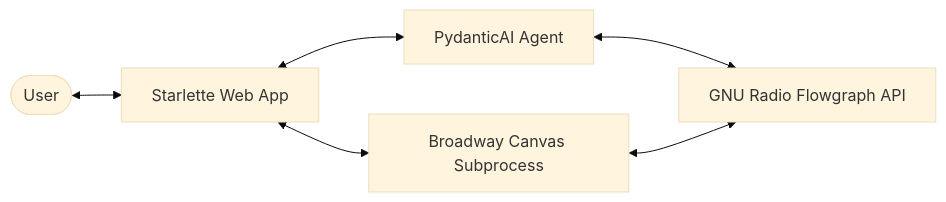
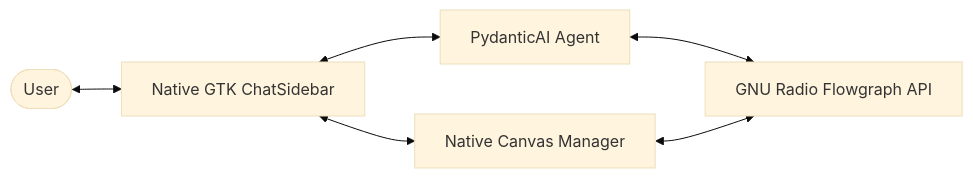
Before and after one commit to qoherent/GRC-Agent: the first of 2 diagrams in docs/technical_overview.md, drawn with Mermaid (base theme). The commit also changed other lines of this file and 2 other files, not shown here.

Commit message:
docs: update technical overview for native GTK3 architecture and remove legacy panel code

````diff
--- a/docs/technical_overview.md
+++ b/docs/technical_overview.md
@@ -13,8 +13,8 @@
 ```mermaid
 flowchart LR
-    User([User]) <--> WebApp[Starlette Web App]
-    WebApp <--> BroadwayCanvas[Broadway Canvas Subprocess]
-    WebApp <--> Agent[PydanticAI Agent]
+    User([User]) <--> ChatSidebar[Native GTK ChatSidebar]
+    ChatSidebar <--> Agent[PydanticAI Agent]
     Agent <--> Flowgraph[GNU Radio Flowgraph API]
-    BroadwayCanvas <--> Flowgraph
+    ChatSidebar <--> CanvasManager[Native Canvas Manager]
+    CanvasManager <--> Flowgraph
 ```
````
